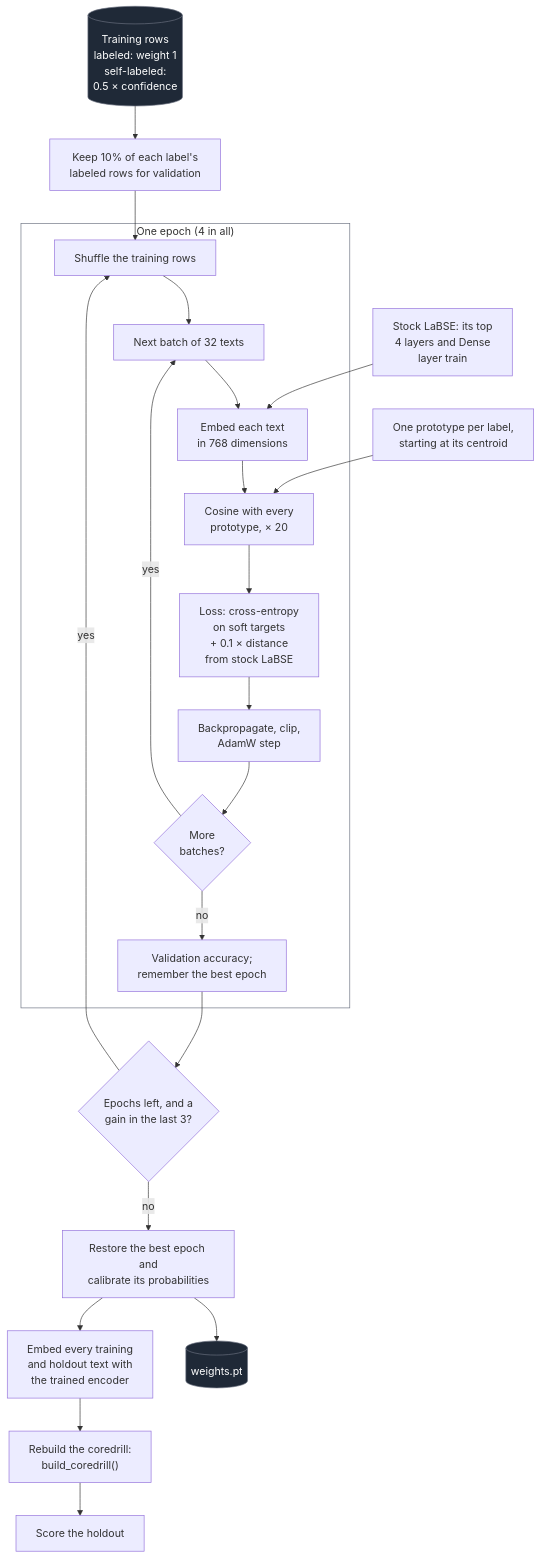
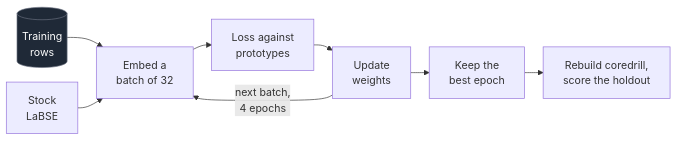
The second of 6 diagrams in README.md (LCapy/embedding-rhizome-classifier), drawn with Mermaid before and after one commit. The commit also changed other lines of this file, not shown here.

Commit message:
docs: horizontal, compact training flowcharts in the README

````diff
--- a/README.md
+++ b/README.md
@@ -341,30 +340,14 @@
 ```mermaid
-flowchart TD
-    Rows[("Training rows<br/>labeled: weight 1<br/>self-labeled:<br/>0.5 × confidence")] --> Split["Keep 10% of each label's<br/>labeled rows for validation"]
-    Split --> Shuffle
-
-    subgraph Epoch["One epoch (4 in all)"]
-        Shuffle["Shuffle the training rows"] --> Batch["Next batch of 32 texts"]
-        Batch --> Embed["Embed each text<br/>in 768 dimensions"]
-        Embed --> Logits["Cosine with every<br/>prototype, × 20"]
-        Logits --> Loss["Loss: cross-entropy<br/>on soft targets<br/>+ 0.1 × distance<br/>from stock LaBSE"]
-        Loss --> Step["Backpropagate, clip,<br/>AdamW step"]
-        Step --> More{"More<br/>batches?"}
-        More -->|"yes"| Batch
-        More -->|"no"| Val["Validation accuracy;<br/>remember the best epoch"]
-    end
-
-    Base["Stock LaBSE: its top<br/>4 layers and Dense<br/>layer train"] --> Embed
-    Protos["One prototype per label,<br/>starting at its centroid"] --> Logits
-    Val --> Next{"Epochs left, and a<br/>gain in the last 3?"}
-    Next -->|"yes"| Shuffle
-    Next -->|"no"| Best["Restore the best epoch and<br/>calibrate its probabilities"]
-    Best --> Save[("weights.pt")]
-    Best --> ReEmbed["Embed every training<br/>and holdout text with<br/>the trained encoder"]
-    ReEmbed --> Build["Rebuild the coredrill:<br/>build_coredrill()"]
-    Build --> Score["Score the holdout"]
+%%{init: {"flowchart": {"nodeSpacing": 22, "rankSpacing": 28}}}%%
+flowchart LR
+    Rows[("Training<br/>rows")] --> Embed["Embed a<br/>batch of 32"]
+    Base["Stock<br/>LaBSE"] --> Embed
+    Embed --> Loss["Loss against<br/>prototypes"]
+    Loss --> Step["Update<br/>weights"]
+    Step -->|"next batch,<br/>4 epochs"| Embed
+    Step --> Best["Keep the<br/>best epoch"]
+    Best --> Score["Rebuild coredrill,<br/>score the holdout"]
 
     classDef store fill:#1f2937,color:#fff,stroke:#6b7280
-    class Rows,Save store
-    style Epoch fill:none,stroke:#6b7280
+    class Rows store
 ```
````
